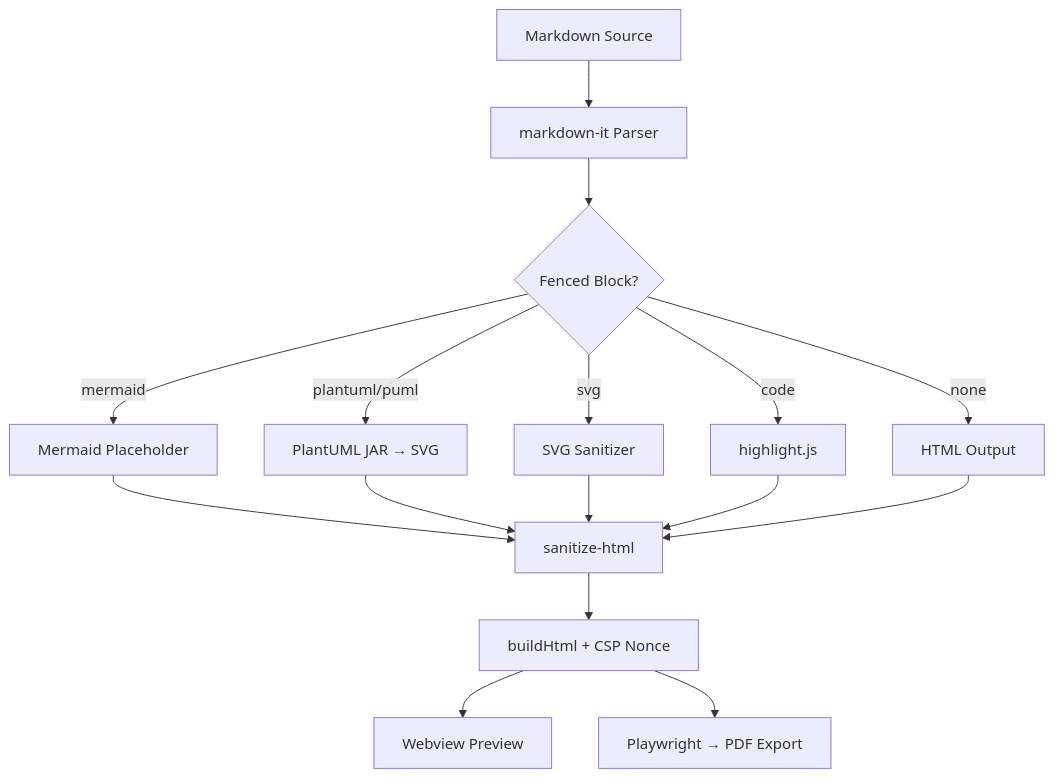
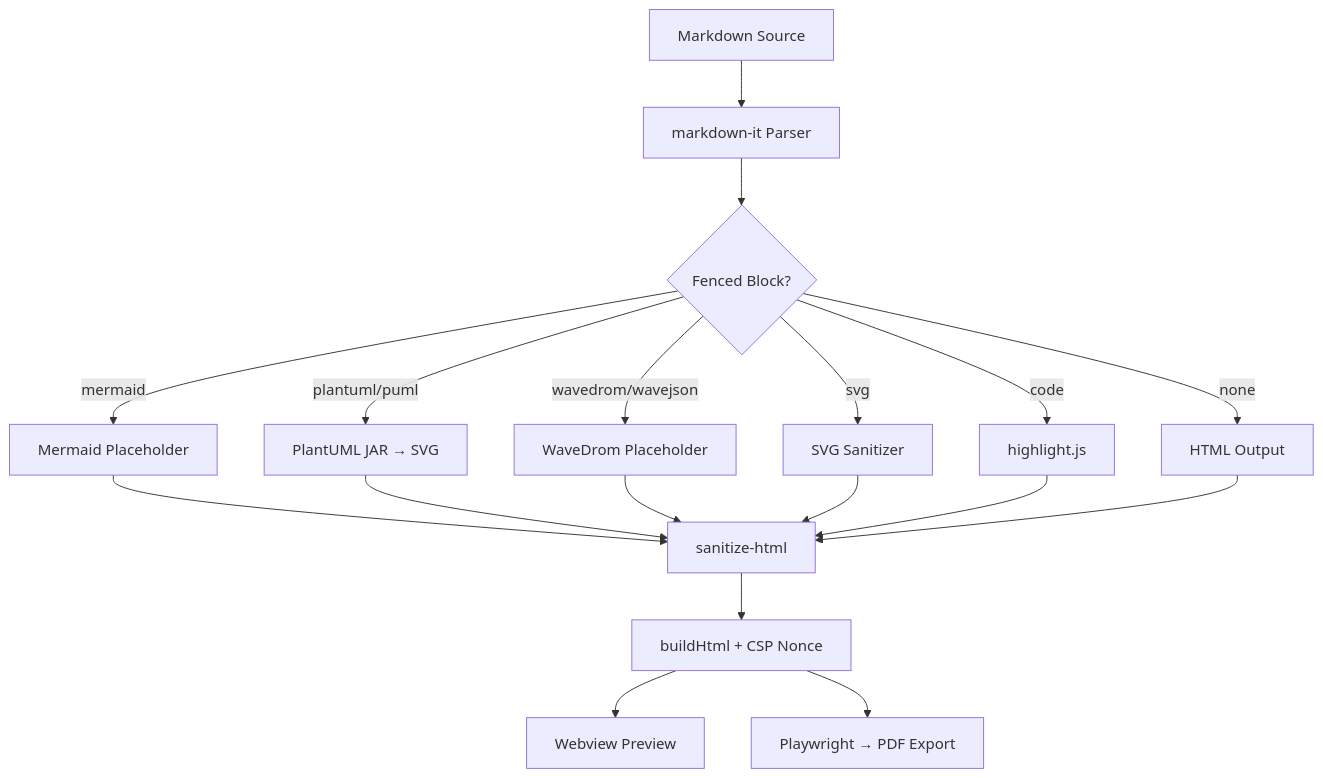
One commit to kino-6/vscode-markdown-studio changed the first of 18 diagrams in examples/demo.md. Above: the diagram before and after it, drawn with Mermaid. The commit also changed other lines of this file and 11 other files, not shown here.

Commit message:
Document WaveDrom release

````diff
--- a/examples/demo.md
+++ b/examples/demo.md
@@ -127,18 +130,20 @@
 ```mermaid
 flowchart TD
     A[Markdown Source] --> B[markdown-it Parser]
     B --> C{Fenced Block?}
     C -- mermaid --> D[Mermaid Placeholder]
     C -- plantuml/puml --> E[PlantUML JAR → SVG]
-    C -- svg --> F[SVG Sanitizer]
-    C -- code --> G[highlight.js]
-    C -- none --> H[HTML Output]
+    C -- wavedrom/wavejson --> F[WaveDrom Placeholder]
+    C -- svg --> G[SVG Sanitizer]
+    C -- code --> H[highlight.js]
+    C -- none --> M[HTML Output]
     D --> I[sanitize-html]
     E --> I
     F --> I
     G --> I
     H --> I
+    M --> I
     I --> J[buildHtml + CSP Nonce]
     J --> K[Webview Preview]
     J --> L[Playwright → PDF Export]
 ```
````
